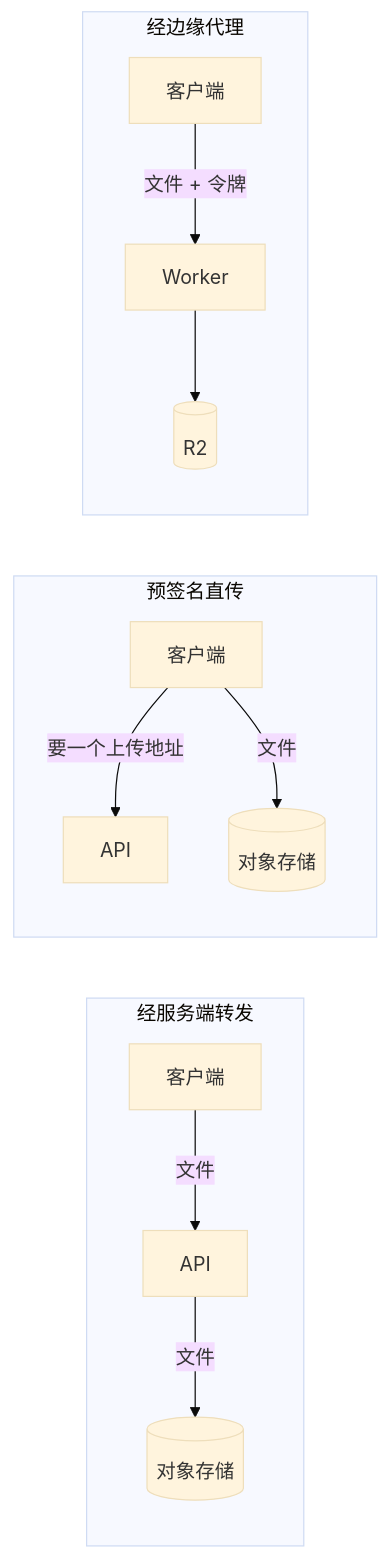
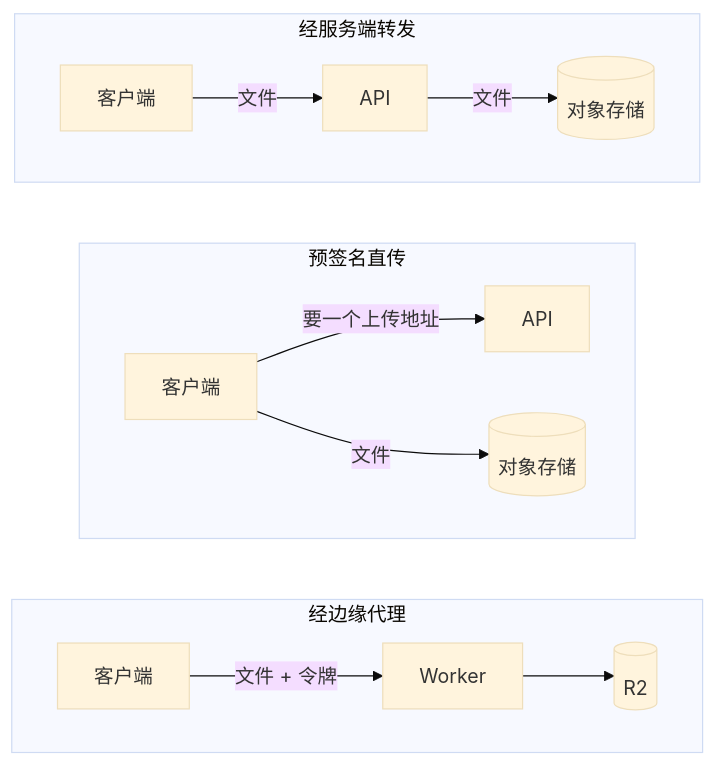
One commit to jarvis-pro/hatch-shelf changed the diagram in books/system-design/07-object-storage.md. Above: the diagram before and after it, drawn with Mermaid (base theme). The commit also changed 432 other files, not shown here.

````diff
--- a/books/system-design/07-object-storage.md
+++ b/books/system-design/07-object-storage.md
@@ -53,13 +53,14 @@
 ```mermaid
-flowchart LR
+flowchart TD
   subgraph A["经服务端转发"]
     c1[客户端] -->|文件| s1[API] -->|文件| o1[(对象存储)]
   end
   subgraph B["预签名直传"]
     c2[客户端] -->|要一个上传地址| s2[API]
     c2 -->|文件| o2[(对象存储)]
   end
   subgraph C["经边缘代理"]
     c3[客户端] -->|文件 + 令牌| w3[Worker] --> o3[(R2)]
   end
+  A ~~~ B ~~~ C
 ```
````
